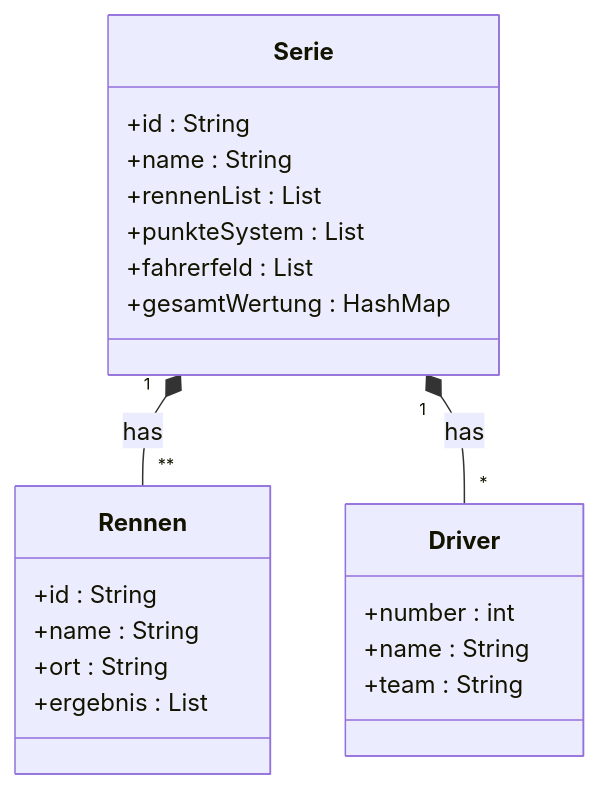
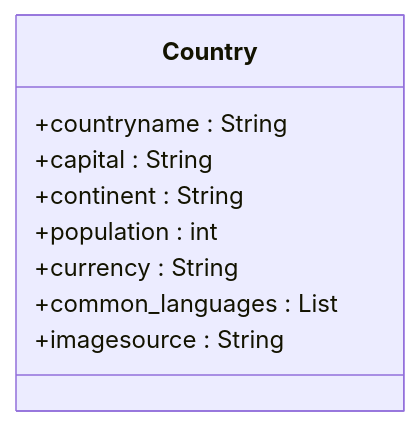
The second of 2 diagrams in README.md (Friend2868/CountryGuide_API), drawn with Mermaid before and after one commit. The commit also changed other lines of this file, not shown here.

````diff
--- a/README.md
+++ b/README.md
@@ -670,28 +410,13 @@
 ```mermaid
 classDiagram
 
-Serie "1" *-- "**" Rennen : has
-Serie "1" *-- "*" Driver: has
-
-class  Serie{
-	+id : String
-	+name : String
-	+rennenList : List<Rennen>
-	+punkteSystem : List<Integer>
-	+fahrerfeld : List<Driver>
-	+gesamtWertung : HashMap<Integer, Integer>
-}
-
-class  Rennen{
-	+id : String
-	+name : String
-	+ort : String
-	+ergebnis : List<Integer>
-}
-
-class  Driver{
-	+number : int
-	+name : String
-	+team : String
+class  Country{
+	+countryname : String
+	+capital : String
+	+continent : String
+	+population : int
+	+currency : String
+	+common_languages : List<String>
+	+imagesource : String
 }
 ```
````
